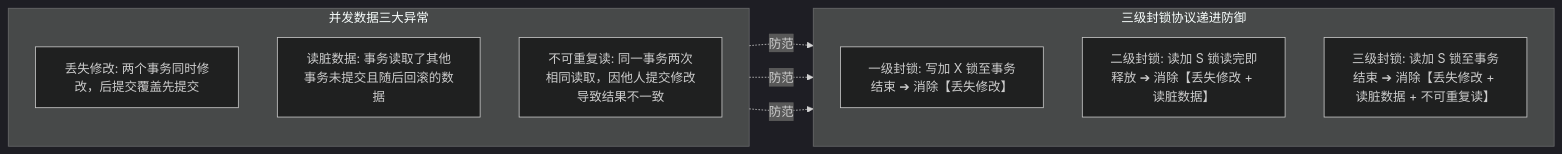
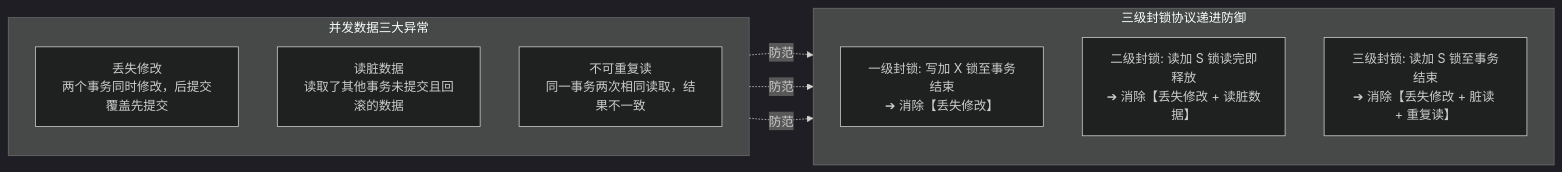
The first of 2 diagrams in docs/am-general/05-database-system/03-事务ACID特性与并发控制封锁协议.md (atengk/ruankao-software-designer), drawn with Mermaid (dark theme) before and after one commit. The commit also changed 5 other files, not shown here.

Commit message:
fix(mermaid): 解决流程图节点文字自动折行导致的截断与高度溢出问题

````diff
--- a/docs/am-general/05-database-system/03-事务ACID特性与并发控制封锁协议.md
+++ b/docs/am-general/05-database-system/03-事务ACID特性与并发控制封锁协议.md
@@ -64,18 +64,18 @@
 ```mermaid
 flowchart LR
     subgraph Anomalies["并发数据三大异常"]
         direction TB
-        A1["丢失修改: 两个事务同时修改，后提交覆盖先提交"]
-        A2["读脏数据: 事务读取了其他事务未提交且随后回滚的数据"]
-        A3["不可重复读: 同一事务两次相同读取，因他人提交修改导致结果不一致"]
+        A1["丢失修改<br/>两个事务同时修改，后提交覆盖先提交"]
+        A2["读脏数据<br/>读取了其他事务未提交且回滚的数据"]
+        A3["不可重复读<br/>同一事务两次相同读取，结果不一致"]
     end
     subgraph Protocols["三级封锁协议递进防御"]
         direction TB
-        P1["一级封锁: 写加 X 锁至事务结束 ➔ 消除【丢失修改】"]
-        P2["二级封锁: 读加 S 锁读完即释放 ➔ 消除【丢失修改 + 读脏数据】"]
-        P3["三级封锁: 读加 S 锁至事务结束 ➔ 消除【丢失修改 + 读脏数据 + 不可重复读】"]
+        P1["一级封锁: 写加 X 锁至事务结束<br/>➔ 消除【丢失修改】"]
+        P2["二级封锁: 读加 S 锁读完即释放<br/>➔ 消除【丢失修改 + 读脏数据】"]
+        P3["三级封锁: 读加 S 锁至事务结束<br/>➔ 消除【丢失修改 + 脏读 + 重复读】"]
     end
     A1 -.防范.-> P1
     A2 -.防范.-> P2
     A3 -.防范.-> P3
 ```
````
